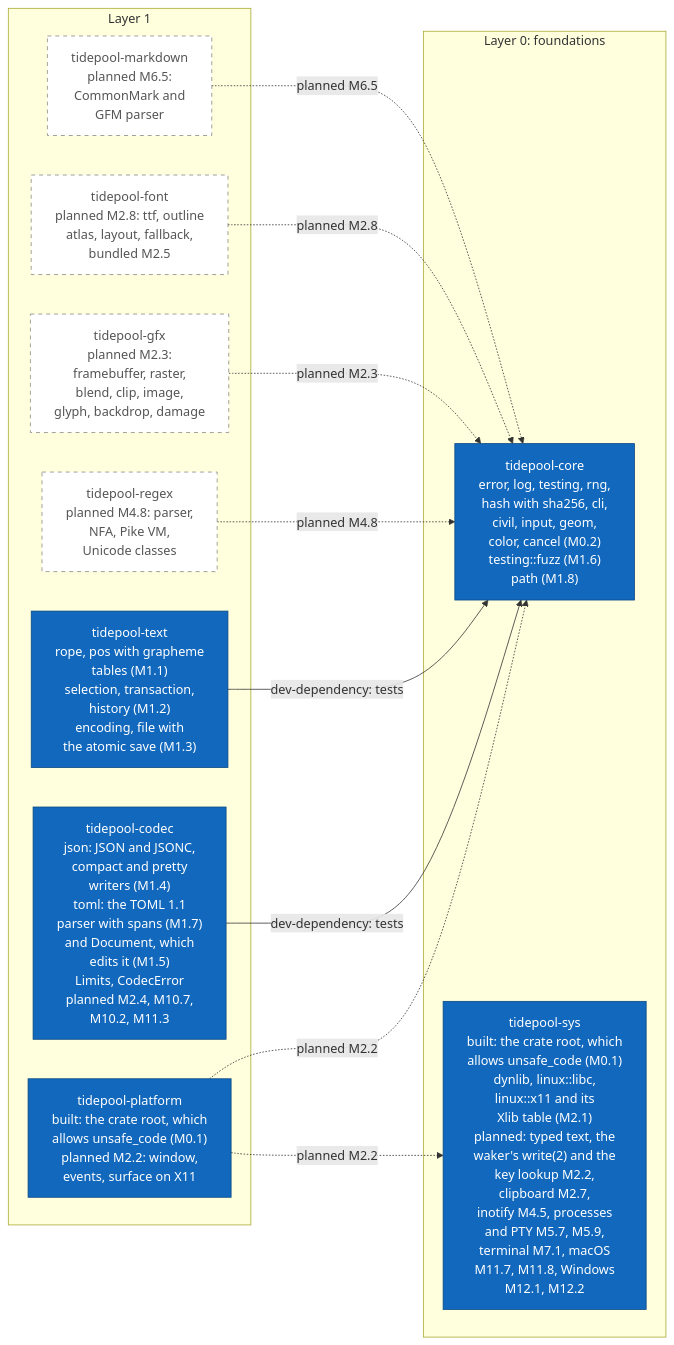
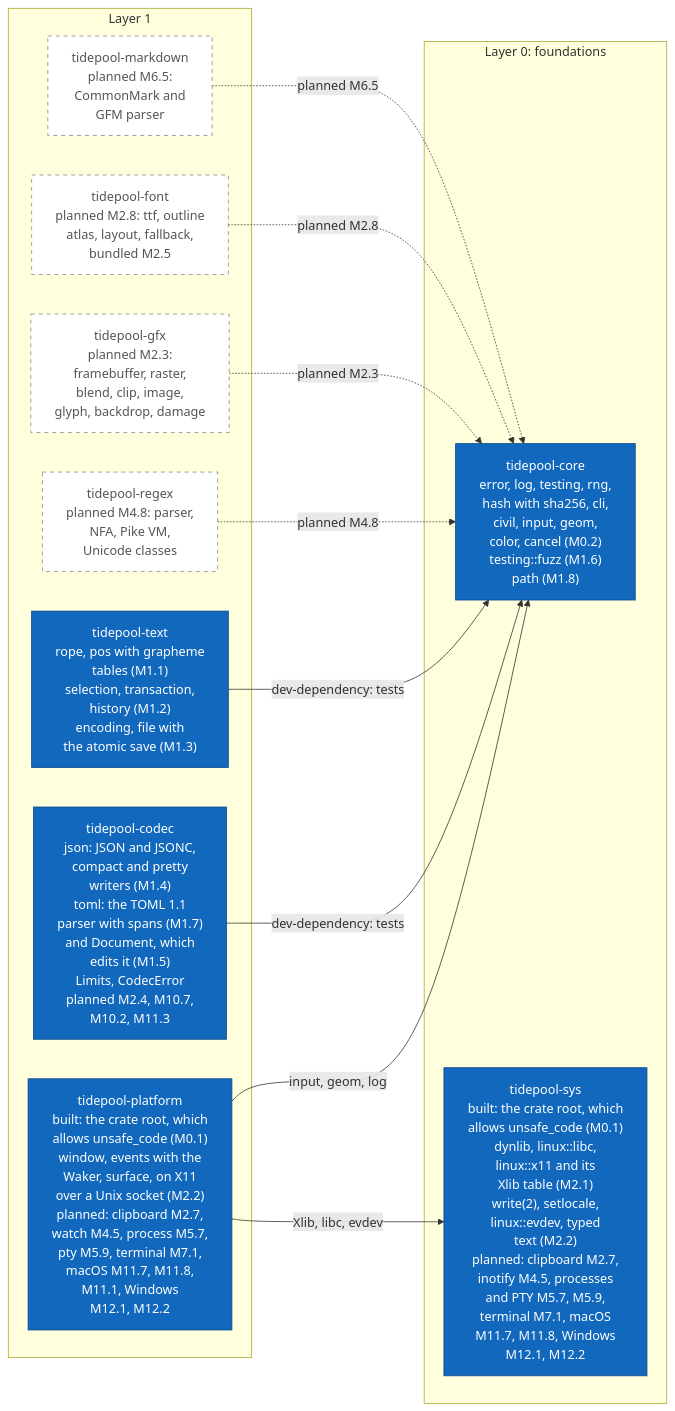
One commit to jabbott-iii/Tidepool changed the sixth of 16 diagrams in diagrams/c4-architecture.md. Above: the diagram before and after it, drawn with Mermaid. The commit also changed other lines of this file and 45 other files, not shown here.

````diff
--- a/diagrams/c4-architecture.md
+++ b/diagrams/c4-architecture.md
@@ -289,30 +290,30 @@
 ```mermaid
 flowchart LR
     subgraph L1["Layer 1"]
-        k_platform["tidepool-platform<br/>built: the crate root, which<br/>allows unsafe_code (M0.1)<br/>planned M2.2: window,<br/>events, surface on X11"]
+        k_platform["tidepool-platform<br/>built: the crate root, which<br/>allows unsafe_code (M0.1)<br/>window, events with the<br/>Waker, surface, on X11<br/>over a Unix socket (M2.2)<br/>planned: clipboard M2.7,<br/>watch M4.5, process M5.7,<br/>pty M5.9, terminal M7.1,<br/>macOS M11.7, M11.8,<br/>M11.1, Windows<br/>M12.1, M12.2"]
         k_codec["tidepool-codec<br/>json: JSON and JSONC,<br/>compact and pretty<br/>writers (M1.4)<br/>toml: the TOML 1.1<br/>parser with spans (M1.7)<br/>and Document, which<br/>edits it (M1.5)<br/>Limits, CodecError<br/>planned M2.4, M10.7,<br/>M10.2, M11.3"]
         k_text["tidepool-text<br/>rope, pos with grapheme<br/>tables (M1.1)<br/>selection, transaction,<br/>history (M1.2)<br/>encoding, file with<br/>the atomic save (M1.3)"]
         k_regex["tidepool-regex<br/>planned M4.8: parser,<br/>NFA, Pike VM,<br/>Unicode classes"]
         k_gfx["tidepool-gfx<br/>planned M2.3:<br/>framebuffer, raster,<br/>blend, clip, image,<br/>glyph, backdrop, damage"]
         k_font["tidepool-font<br/>planned M2.8: ttf, outline<br/>atlas, layout, fallback,<br/>bundled M2.5"]
         k_markdown["tidepool-markdown<br/>planned M6.5:<br/>CommonMark and<br/>GFM parser"]
     end
     subgraph L0["Layer 0: foundations"]
         k_core["tidepool-core<br/>error, log, testing, rng,<br/>hash with sha256, cli,<br/>civil, input, geom,<br/>color, cancel (M0.2)<br/>testing::fuzz (M1.6)<br/>path (M1.8)"]
-        k_sys["tidepool-sys<br/>built: the crate root, which<br/>allows unsafe_code (M0.1)<br/>dynlib, linux::libc,<br/>linux::x11 and its<br/>Xlib table (M2.1)<br/>planned: typed text, the<br/>waker's write(2) and the<br/>key lookup M2.2,<br/>clipboard M2.7,<br/>inotify M4.5, processes<br/>and PTY M5.7, M5.9,<br/>terminal M7.1, macOS<br/>M11.7, M11.8, Windows<br/>M12.1, M12.2"]
+        k_sys["tidepool-sys<br/>built: the crate root, which<br/>allows unsafe_code (M0.1)<br/>dynlib, linux::libc,<br/>linux::x11 and its<br/>Xlib table (M2.1)<br/>write(2), setlocale,<br/>linux::evdev, typed<br/>text (M2.2)<br/>planned: clipboard M2.7,<br/>inotify M4.5, processes<br/>and PTY M5.7, M5.9,<br/>terminal M7.1, macOS<br/>M11.7, M11.8, Windows<br/>M12.1, M12.2"]
     end
 
-    k_platform -.->|"planned M2.2"| k_core
-    k_platform -.->|"planned M2.2"| k_sys
+    k_platform -->|"input, geom, log"| k_core
+    k_platform -->|"Xlib, libc, evdev"| k_sys
     k_codec -->|"dev-dependency: tests"| k_core
     k_text -->|"dev-dependency: tests"| k_core
     k_regex -.->|"planned M4.8"| k_core
     k_gfx -.->|"planned M2.3"| k_core
     k_font -.->|"planned M2.8"| k_core
     k_markdown -.->|"planned M6.5"| k_core
 
     classDef built fill:#1168bd,stroke:#0b4884,color:#ffffff
     classDef planned fill:#ffffff,stroke:#888888,stroke-dasharray: 5 5,color:#555555
     class k_platform,k_codec,k_text,k_core,k_sys built
     class k_regex,k_gfx,k_font,k_markdown planned
 ```
````
